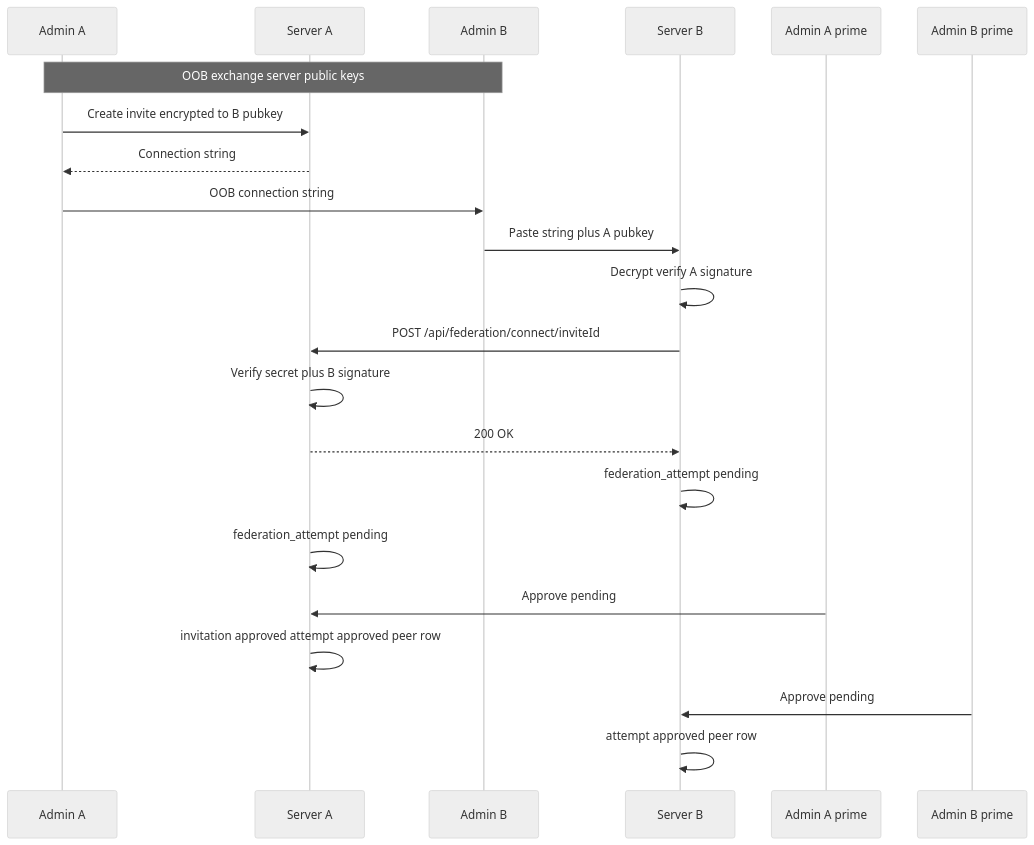
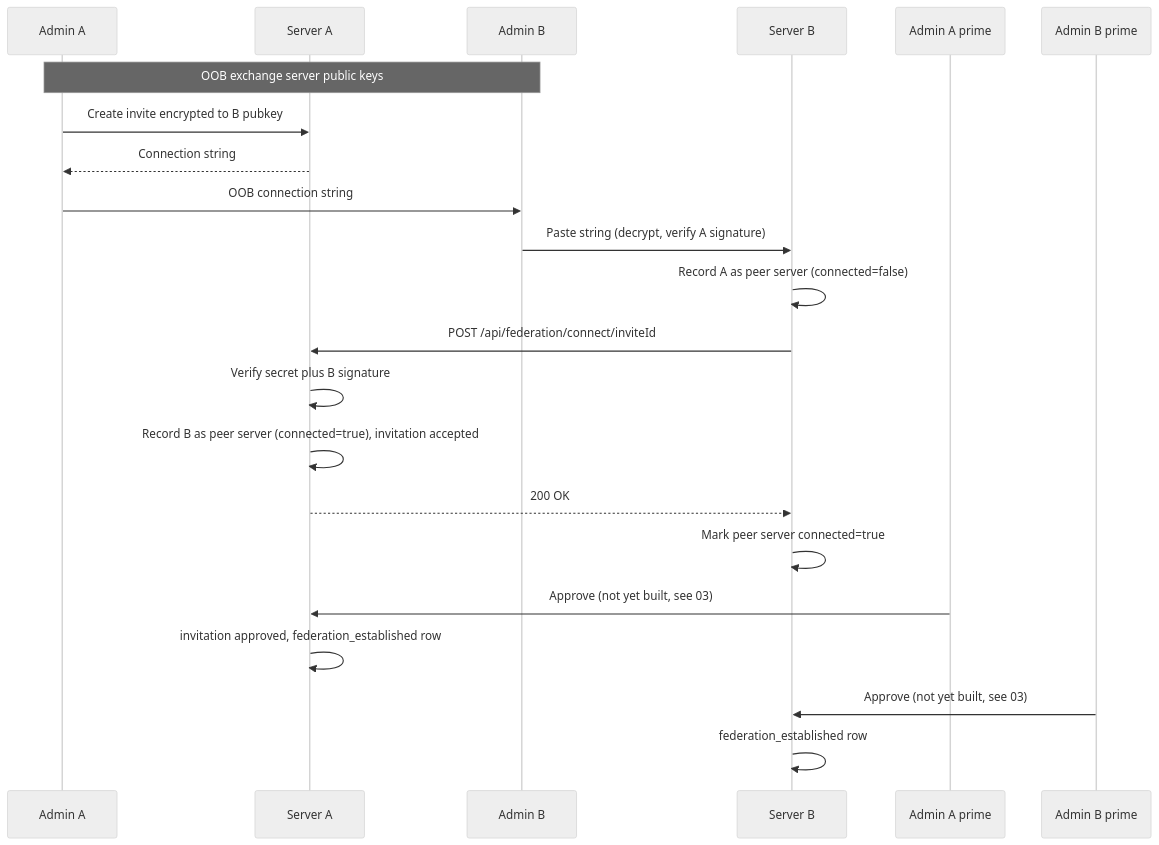
The diagram in specs/federation/00_design.md (var0xyz/syrinx), drawn with Mermaid (neutral theme) before and after one commit. The commit also changed other lines of this file and 200 other files, not shown here.

````diff
--- a/specs/federation/00_design.md
+++ b/specs/federation/00_design.md
@@ -188,26 +214,26 @@
 ```mermaid
 sequenceDiagram
   participant OpA as Admin A
   participant SA as Server A
   participant OpB as Admin B
   participant SB as Server B
   participant OpA2 as Admin A prime
   participant OpB2 as Admin B prime
 
   Note over OpA,OpB: OOB exchange server public keys
   OpA->>SA: Create invite encrypted to B pubkey
   SA-->>OpA: Connection string
   OpA->>OpB: OOB connection string
-  OpB->>SB: Paste string plus A pubkey
-  SB->>SB: Decrypt verify A signature
+  OpB->>SB: Paste string (decrypt, verify A signature)
+  SB->>SB: Record A as peer server (connected=false)
   SB->>SA: POST /api/federation/connect/inviteId
   SA->>SA: Verify secret plus B signature
+  SA->>SA: Record B as peer server (connected=true), invitation accepted
   SA-->>SB: 200 OK
-  SB->>SB: federation_attempt pending
-  SA->>SA: federation_attempt pending
+  SB->>SB: Mark peer server connected=true
 
-  OpA2->>SA: Approve pending
-  SA->>SA: invitation approved attempt approved peer row
-  OpB2->>SB: Approve pending
-  SB->>SB: attempt approved peer row
+  OpA2->>SA: Approve (not yet built, see 03)
+  SA->>SA: invitation approved, federation_established row
+  OpB2->>SB: Approve (not yet built, see 03)
+  SB->>SB: federation_established row
 ```
````
